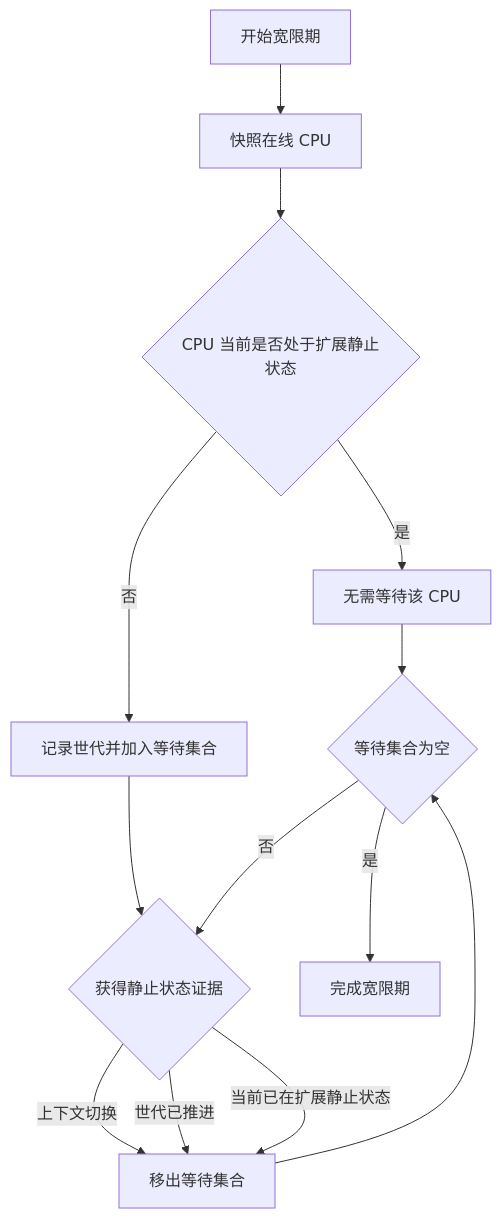
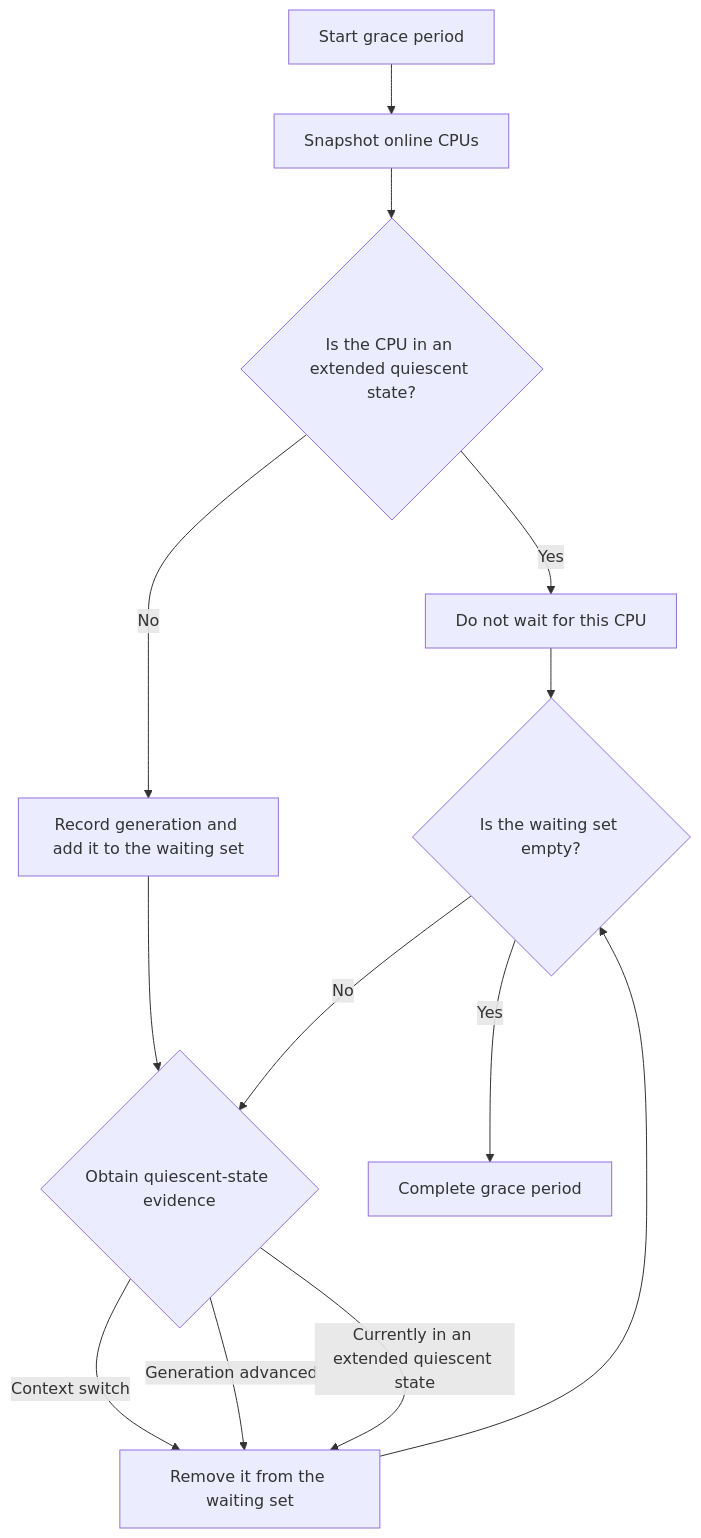
Before and after one commit to DragonOS-Community/DragonOS: the fourth of 6 diagrams in docs/kernel/rcu/architecture.md, drawn with Mermaid. The commit also changed other lines of this file and 2058 other files, not shown here.

````diff
--- a/docs/kernel/rcu/architecture.md
+++ b/docs/kernel/rcu/architecture.md
@@ -112,15 +112,15 @@
 ```mermaid
 flowchart TD
-    Start[开始宽限期] --> Snapshot[快照在线 CPU]
-    Snapshot --> Check{CPU 当前是否处于扩展静止状态}
-    Check -->|是| Skip[无需等待该 CPU]
-    Check -->|否| Wait[记录世代并加入等待集合]
-    Wait --> Evidence{获得静止状态证据}
-    Evidence -->|上下文切换| Credit[移出等待集合]
-    Evidence -->|世代已推进| Credit
-    Evidence -->|当前已在扩展静止状态| Credit
-    Skip --> Empty{等待集合为空}
+    Start[Start grace period] --> Snapshot[Snapshot online CPUs]
+    Snapshot --> Check{Is the CPU in an extended quiescent state?}
+    Check -->|Yes| Skip[Do not wait for this CPU]
+    Check -->|No| Wait[Record generation and add it to the waiting set]
+    Wait --> Evidence{Obtain quiescent-state evidence}
+    Evidence -->|Context switch| Credit[Remove it from the waiting set]
+    Evidence -->|Generation advanced| Credit
+    Evidence -->|Currently in an extended quiescent state| Credit
+    Skip --> Empty{Is the waiting set empty?}
     Credit --> Empty
-    Empty -->|否| Evidence
-    Empty -->|是| Done[完成宽限期]
+    Empty -->|No| Evidence
+    Empty -->|Yes| Done[Complete grace period]
 ```
````
